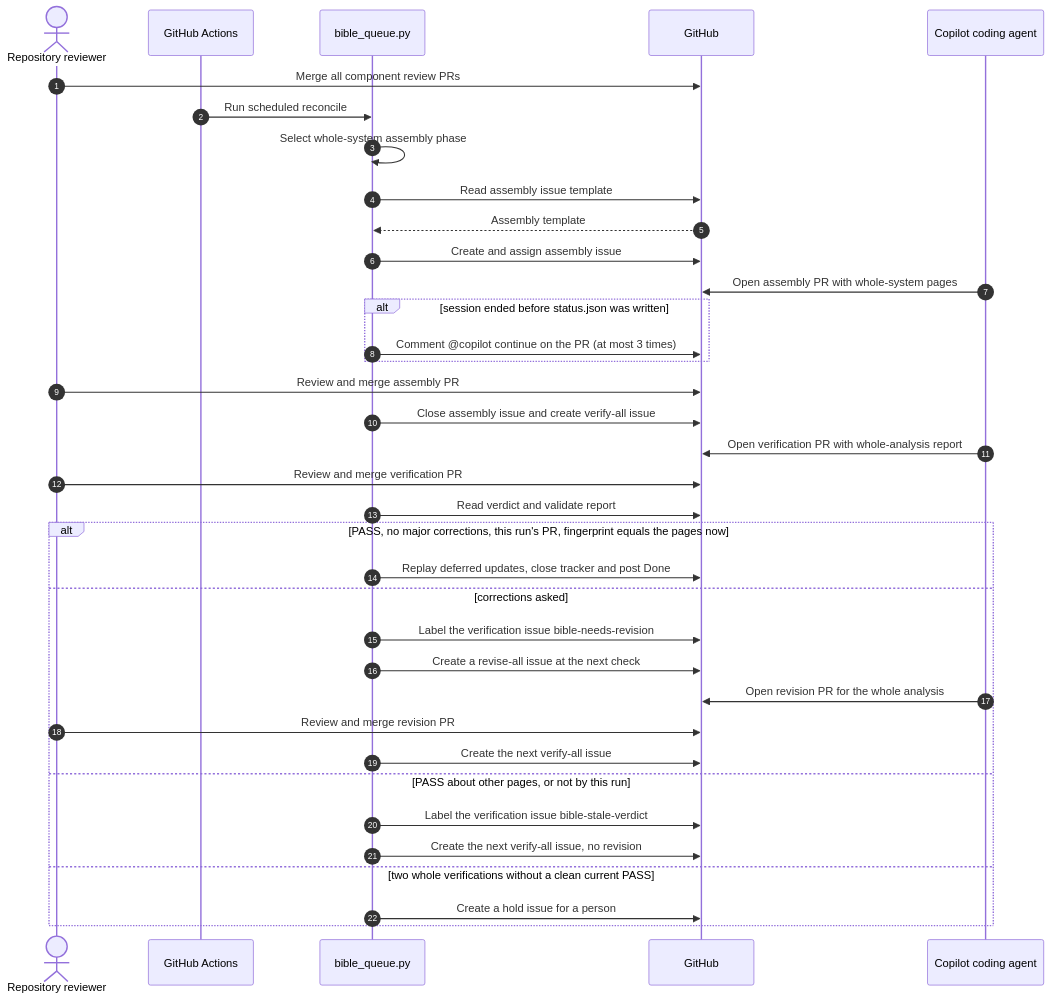
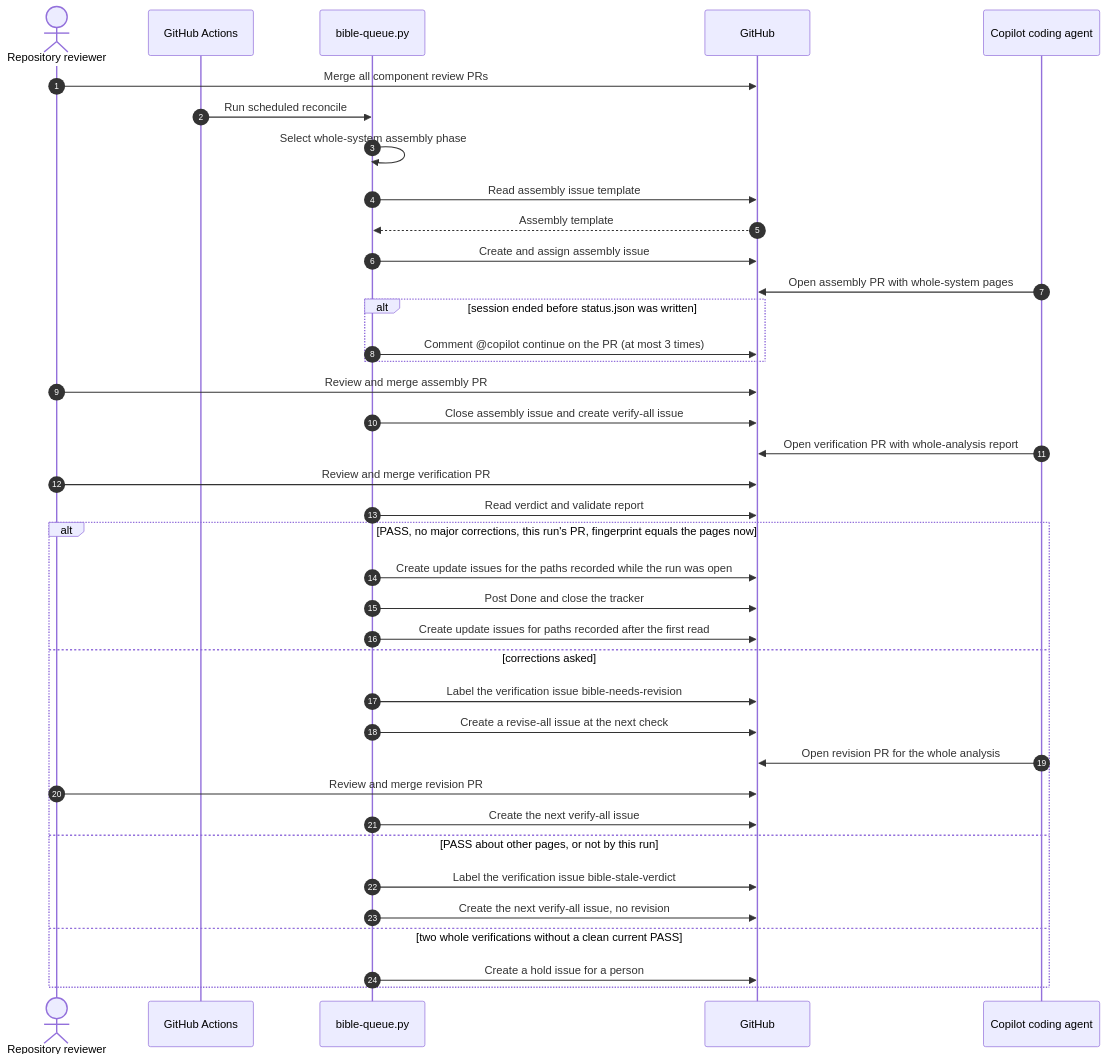
The fourth of 10 diagrams in codebase-analysis/hld/05-key-flows.md (vishalc412/bible-mode-b-test), drawn with Mermaid before and after one commit. The commit also changed other lines of this file and 38 other files, not shown here.

````diff
--- a/codebase-analysis/hld/05-key-flows.md
+++ b/codebase-analysis/hld/05-key-flows.md
@@ -172,38 +179,40 @@
 ```mermaid
 sequenceDiagram
   autonumber
   actor Reviewer as Repository reviewer
   participant Actions as GitHub Actions
-  participant Queue as bible_queue.py
+  participant Queue as bible-queue.py
   participant API as GitHub
   participant Agent as Copilot coding agent
   Reviewer->>API: Merge all component review PRs
   Actions->>Queue: Run scheduled reconcile
   Queue->>Queue: Select whole-system assembly phase
   Queue->>API: Read assembly issue template
   API-->>Queue: Assembly template
   Queue->>API: Create and assign assembly issue
   Agent->>API: Open assembly PR with whole-system pages
   alt session ended before status.json was written
     Queue->>API: Comment @copilot continue on the PR (at most 3 times)
   end
   Reviewer->>API: Review and merge assembly PR
   Queue->>API: Close assembly issue and create verify-all issue
   Agent->>API: Open verification PR with whole-analysis report
   Reviewer->>API: Review and merge verification PR
   Queue->>API: Read verdict and validate report
   alt PASS, no major corrections, this run's PR, fingerprint equals the pages now
-    Queue->>API: Replay deferred updates, close tracker and post Done
+    Queue->>API: Create update issues for the paths recorded while the run was open
+    Queue->>API: Post Done and close the tracker
+    Queue->>API: Create update issues for paths recorded after the first read
   else corrections asked
     Queue->>API: Label the verification issue bible-needs-revision
     Queue->>API: Create a revise-all issue at the next check
     Agent->>API: Open revision PR for the whole analysis
     Reviewer->>API: Review and merge revision PR
     Queue->>API: Create the next verify-all issue
   else PASS about other pages, or not by this run
     Queue->>API: Label the verification issue bible-stale-verdict
     Queue->>API: Create the next verify-all issue, no revision
   else two whole verifications without a clean current PASS
     Queue->>API: Create a hold issue for a person
   end
 ```
````
